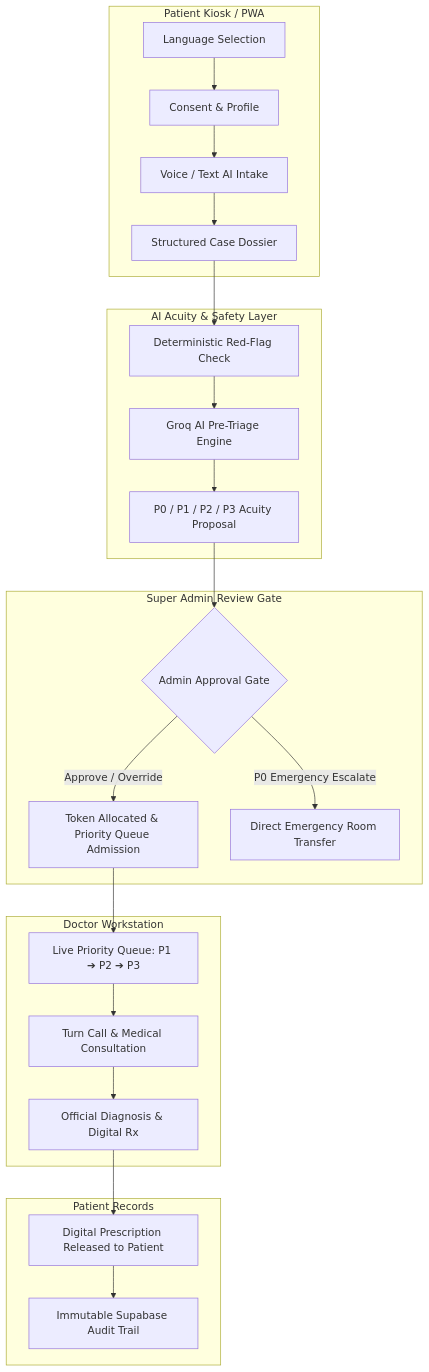
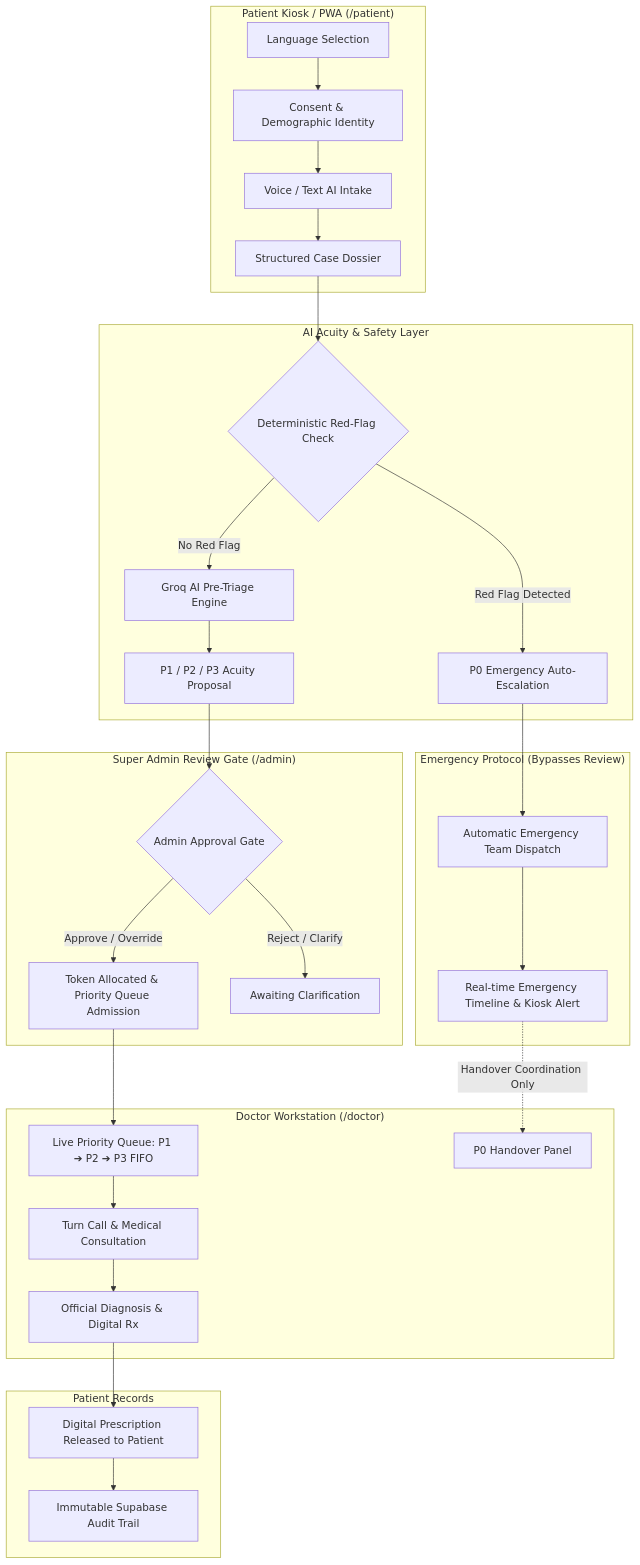
One commit to DakshChaudhary2668/MediKiosk changed the diagram in docs/README.md. Above: the diagram before and after it, drawn with Mermaid. The commit also changed other lines of this file and 33 other files, not shown here.

Commit message:
feat: backend contracts alignment, P0 auto-escalation, RBAC, kiosk auth, and technical documentation suite

````diff
--- a/docs/README.md
+++ b/docs/README.md
@@ -35,31 +35,38 @@
 ```mermaid
 flowchart TD
-    subgraph Patient["Patient Kiosk / PWA"]
-        A[Language Selection] --> B[Consent & Profile]
+    subgraph Patient["Patient Kiosk / PWA (/patient)"]
+        A[Language Selection] --> B[Consent & Demographic Identity]
         B --> C[Voice / Text AI Intake]
         C --> D[Structured Case Dossier]
     end
 
     subgraph AI["AI Acuity & Safety Layer"]
-        D --> E[Deterministic Red-Flag Check]
-        E --> F[Groq AI Pre-Triage Engine]
-        F --> G[P0 / P1 / P2 / P3 Acuity Proposal]
+        D --> E{Deterministic Red-Flag Check}
+        E -->|Red Flag Detected| F1[P0 Emergency Auto-Escalation]
+        E -->|No Red Flag| F2[Groq AI Pre-Triage Engine]
+        F2 --> G[P1 / P2 / P3 Acuity Proposal]
     end
 
-    subgraph AdminGate["Super Admin Review Gate"]
+    subgraph P0Lane["Emergency Protocol (Bypasses Review)"]
+        F1 --> P0Dispatch[Automatic Emergency Team Dispatch]
+        P0Dispatch --> P0Alert[Real-time Emergency Timeline & Kiosk Alert]
+    end
+
+    subgraph AdminGate["Super Admin Review Gate (/admin)"]
         G --> H{Admin Approval Gate}
         H -->|Approve / Override| I[Token Allocated & Priority Queue Admission]
-        H -->|P0 Emergency Escalate| J[Direct Emergency Room Transfer]
+        H -->|Reject / Clarify| HRej[Awaiting Clarification]
     end
 
-    subgraph Doctor["Doctor Workstation"]
-        I --> K[Live Priority Queue: P1 ➔ P2 ➔ P3]
+    subgraph Doctor["Doctor Workstation (/doctor)"]
+        I --> K[Live Priority Queue: P1 ➔ P2 ➔ P3 FIFO]
         K --> L[Turn Call & Medical Consultation]
         L --> M[Official Diagnosis & Digital Rx]
+        P0Alert -.->|Handover Coordination Only| DocHandover[P0 Handover Panel]
     end
 
     subgraph Output["Patient Records"]
         M --> N[Digital Prescription Released to Patient]
         N --> O[Immutable Supabase Audit Trail]
     end
 ```
````
